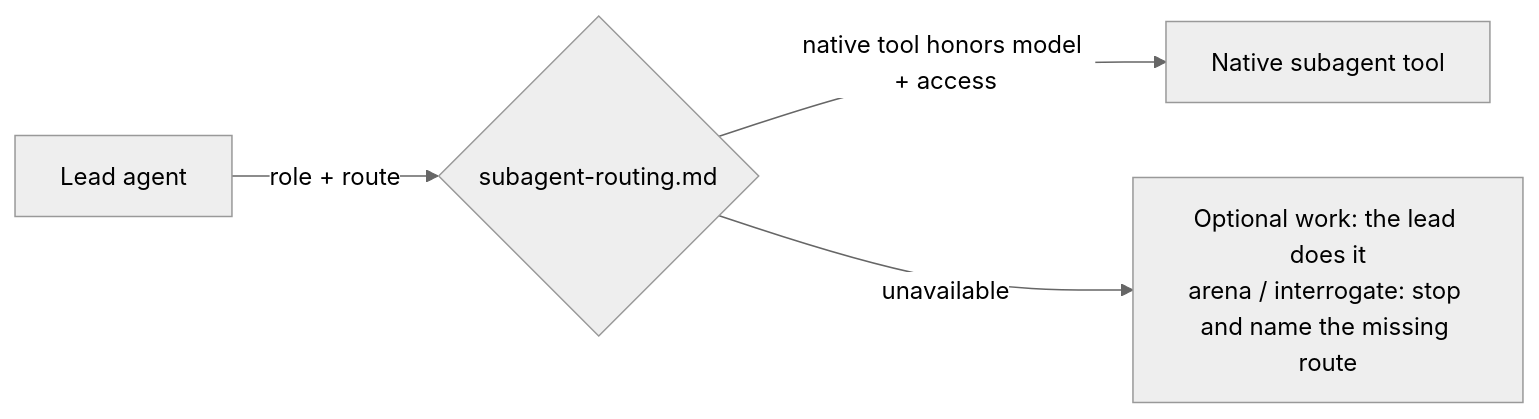
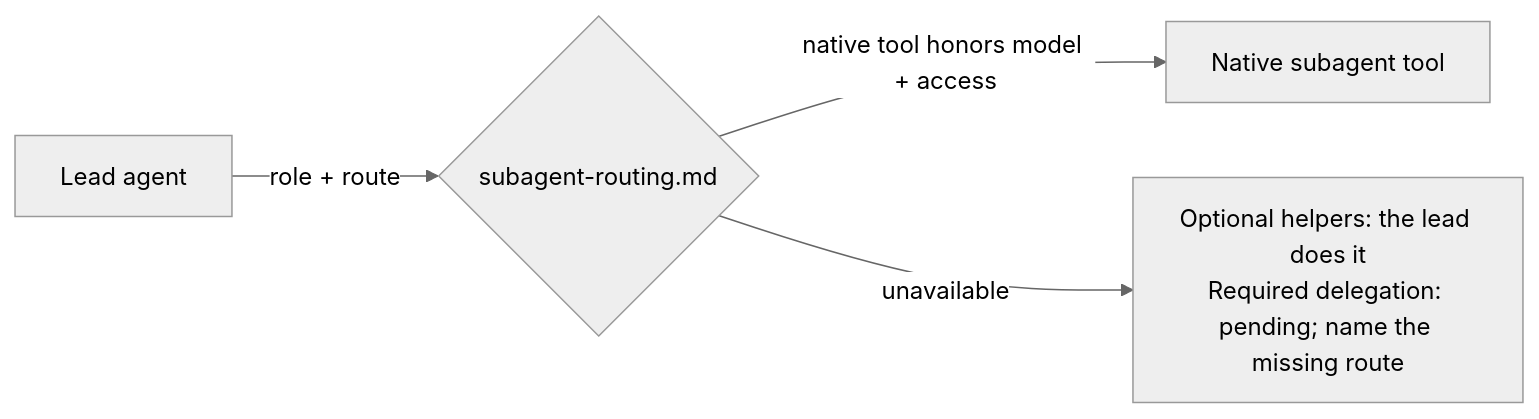
One commit to steven-yu-appier/steven-stack changed the second of 2 diagrams in README.md. Above: the diagram before and after it, drawn with Mermaid (neutral theme). The commit also changed 8 other files, not shown here.

````diff
--- a/README.md
+++ b/README.md
@@ -400,6 +400,6 @@
 ```mermaid
 flowchart LR
     Lead[Lead agent] -->|role + route| Routing{"subagent-routing.md"}
     Routing -->|"native tool honors model + access"| Native["Native subagent tool"]
-    Routing -->|unavailable| Fallback["Optional work: the lead does it<br/>arena / interrogate: stop and name the missing route"]
+    Routing -->|unavailable| Fallback["Optional helpers: the lead does it<br/>Required delegation: pending; name the missing route"]
 ```
````
